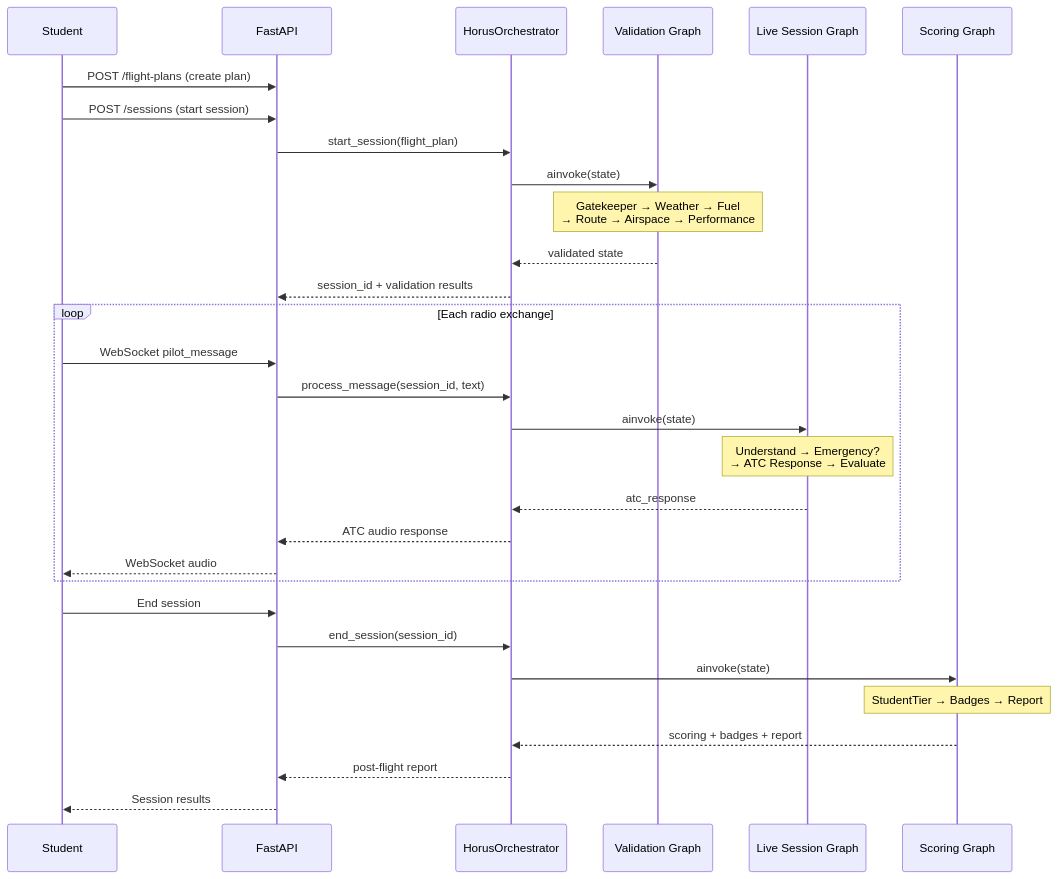
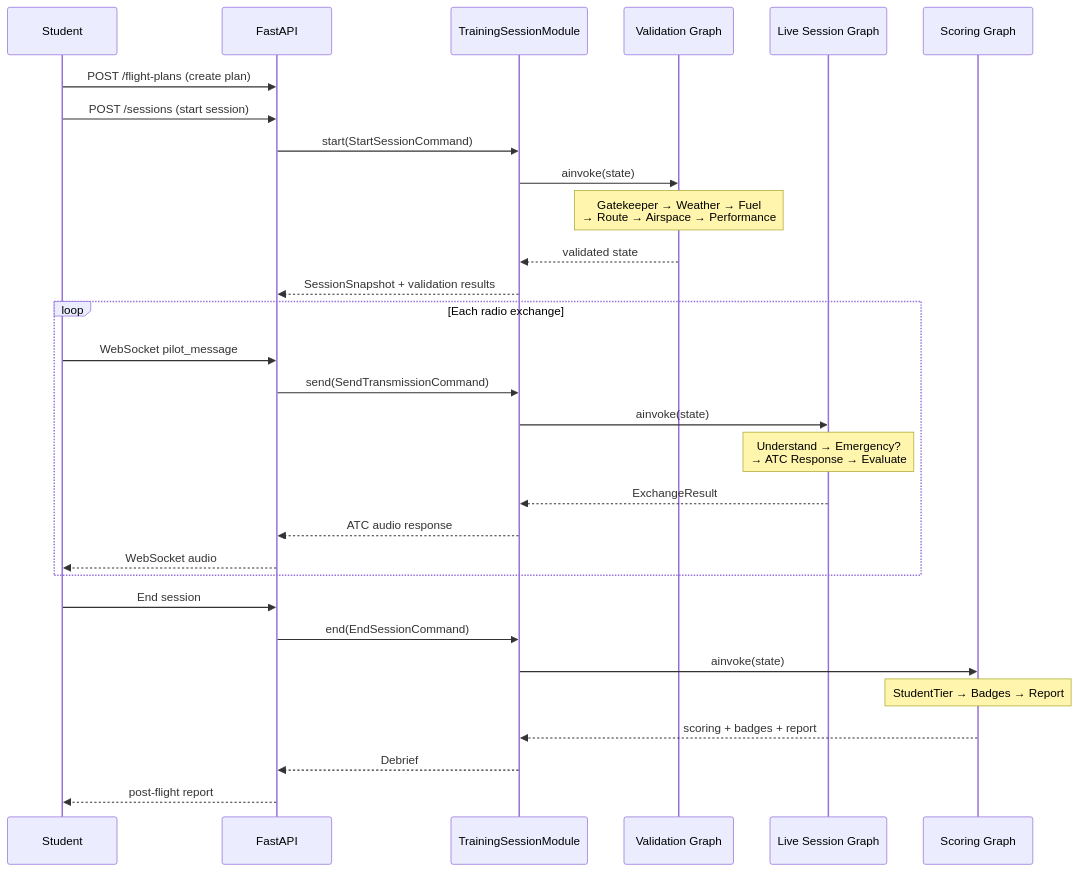
The fifth of 5 diagrams in docs/architecture/ADR-004-langgraph-multi-agent.md (aztek-org/horusone-monolith), drawn with Mermaid before and after one commit. The commit also changed other lines of this file and 12 other files, not shown here.

````diff
--- a/docs/architecture/ADR-004-langgraph-multi-agent.md
+++ b/docs/architecture/ADR-004-langgraph-multi-agent.md
@@ -190,35 +212,35 @@
 ```mermaid
 sequenceDiagram
     participant Student
     participant API as FastAPI
-    participant Orch as HorusOrchestrator
+    participant Orch as TrainingSessionModule
     participant VG as Validation Graph
     participant LG as Live Session Graph
     participant SG as Scoring Graph
 
     Student->>API: POST /flight-plans (create plan)
     Student->>API: POST /sessions (start session)
-    API->>Orch: start_session(flight_plan)
+    API->>Orch: start(StartSessionCommand)
     Orch->>VG: ainvoke(state)
     Note over VG: Gatekeeper → Weather → Fuel<br/>→ Route → Airspace → Performance
     VG-->>Orch: validated state
-    Orch-->>API: session_id + validation results
+    Orch-->>API: SessionSnapshot + validation results
 
     loop Each radio exchange
         Student->>API: WebSocket pilot_message
-        API->>Orch: process_message(session_id, text)
+        API->>Orch: send(SendTransmissionCommand)
         Orch->>LG: ainvoke(state)
         Note over LG: Understand → Emergency?<br/>→ ATC Response → Evaluate
-        LG-->>Orch: atc_response
+        LG-->>Orch: ExchangeResult
         Orch-->>API: ATC audio response
         API-->>Student: WebSocket audio
     end
 
     Student->>API: End session
-    API->>Orch: end_session(session_id)
+    API->>Orch: end(EndSessionCommand)
     Orch->>SG: ainvoke(state)
     Note over SG: StudentTier → Badges → Report
     SG-->>Orch: scoring + badges + report
-    Orch-->>API: post-flight report
-    API-->>Student: Session results
+    Orch-->>API: Debrief
+    API-->>Student: post-flight report
 ```
````
